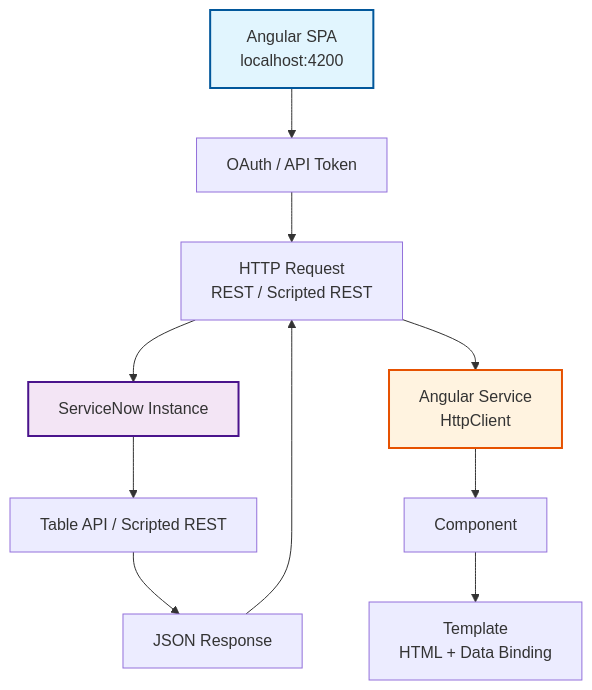
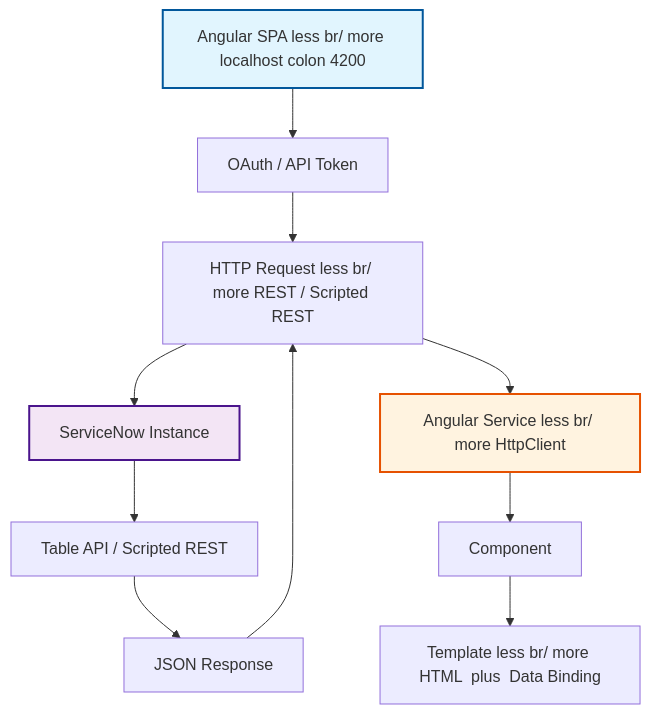
Before and after one commit to eltonaguiar/ServiceNow_Learning_TSOM-_CSM_FSM_SalesCRM_HAM_ITSM: the second of 3 diagrams in docs/modules/scripting/angular-guide.md, drawn with Mermaid. The commit also changed other lines of this file and 19 other files, not shown here.

Commit message:
Fix all Mermaid diagram special characters - replace dollar, parens, slashes, quotes, pipes, nested brackets and other unsafe chars inside brackets with safe alternatives across 19 files

````diff
--- a/docs/modules/scripting/angular-guide.md
+++ b/docs/modules/scripting/angular-guide.md
@@ -139,15 +139,15 @@
 ```mermaid
 graph TD
-    A[Angular SPA<br/>localhost:4200] --> B[OAuth / API Token]
-    B --> C[HTTP Request<br/>REST / Scripted REST]
+    A[Angular SPA less br/ more localhost colon 4200] --> B[OAuth / API Token]
+    B --> C[HTTP Request less br/ more REST / Scripted REST]
     C --> D[ServiceNow Instance]
     D --> E[Table API / Scripted REST]
     E --> F[JSON Response]
     F --> C
-    C --> G[Angular Service<br/>HttpClient]
+    C --> G[Angular Service less br/ more HttpClient]
     G --> H[Component]
-    H --> I[Template<br/>HTML + Data Binding]
+    H --> I[Template less br/ more HTML  plus  Data Binding]
     style A fill:#e1f5fe,stroke:#01579b,stroke-width:2px
     style D fill:#f3e5f5,stroke:#4a148c,stroke-width:2px
     style G fill:#fff3e0,stroke:#e65100,stroke-width:2px
 ```
````
